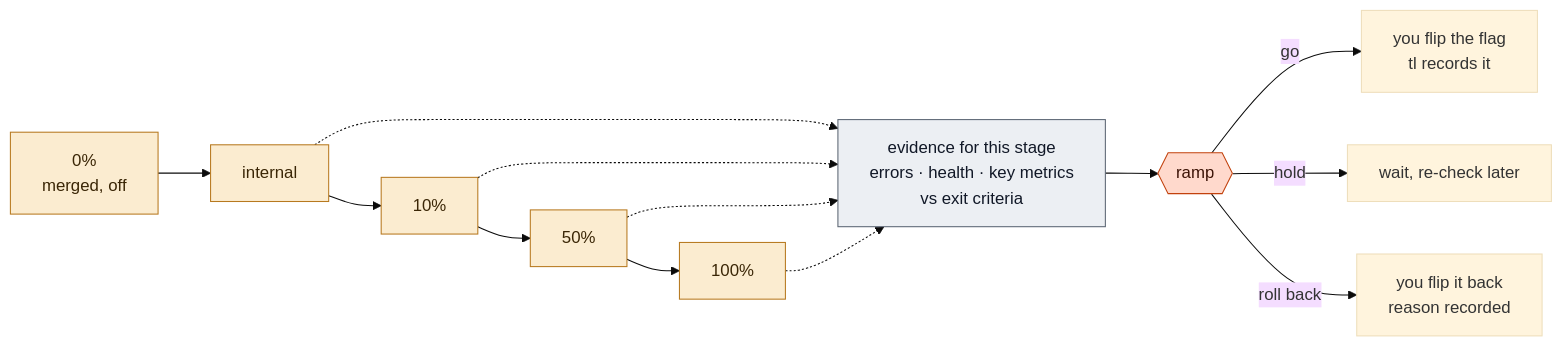
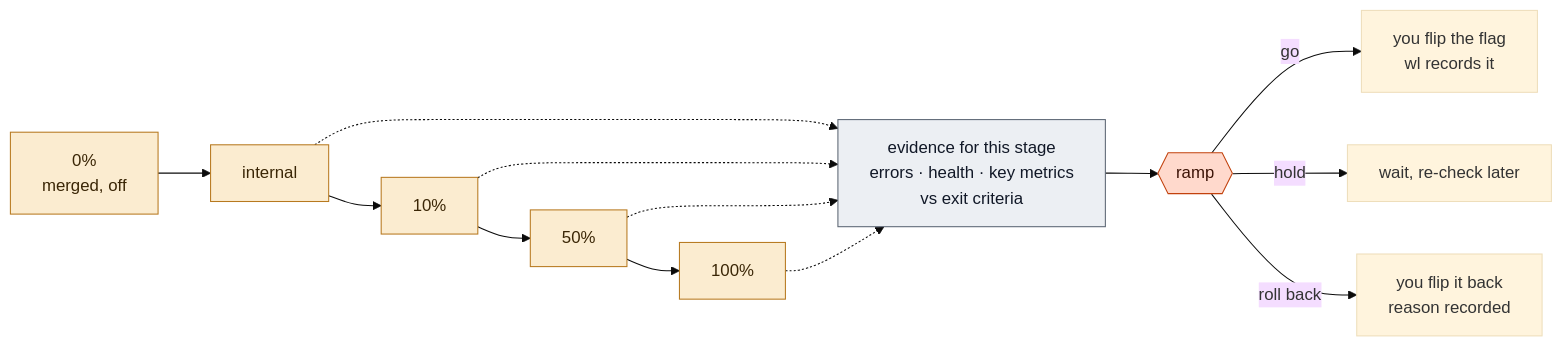
One commit to dreamingechoes/wholeloop changed the diagram in docs/flow/rollout/ramp-exposure.md. Above: the diagram before and after it, drawn with Mermaid (base theme). The commit also changed other lines of this file and 61 other files, not shown here.

````diff
--- a/docs/flow/rollout/ramp-exposure.md
+++ b/docs/flow/rollout/ramp-exposure.md
@@ -31,16 +31,16 @@
 ```mermaid
 flowchart LR
   S0["0%<br/>merged, off"] --> S1["internal"] --> S2["10%"] --> S3["50%"] --> S4["100%"]
   S1 & S2 & S3 & S4 -.-> E["evidence for this stage<br/>errors · health · key metrics<br/>vs exit criteria"]:::core
   E --> D{{"ramp"}}:::person
-  D -- "go" --> F["you flip the flag<br/>tl records it"]
+  D -- "go" --> F["you flip the flag<br/>wl records it"]
   D -- "hold" --> W["wait, re-check later"]
   D -- "roll back" --> B["you flip it back<br/>reason recorded"]
   classDef core fill:#eceff3,stroke:#5b6573,color:#111827;
   classDef person fill:#ffd9cc,stroke:#c2410c,color:#3b1205;
   style S0 fill:#fbecd0,stroke:#b7791f,color:#3a2606
   style S1 fill:#fbecd0,stroke:#b7791f,color:#3a2606
   style S2 fill:#fbecd0,stroke:#b7791f,color:#3a2606
   style S3 fill:#fbecd0,stroke:#b7791f,color:#3a2606
   style S4 fill:#fbecd0,stroke:#b7791f,color:#3a2606
 ```
````
